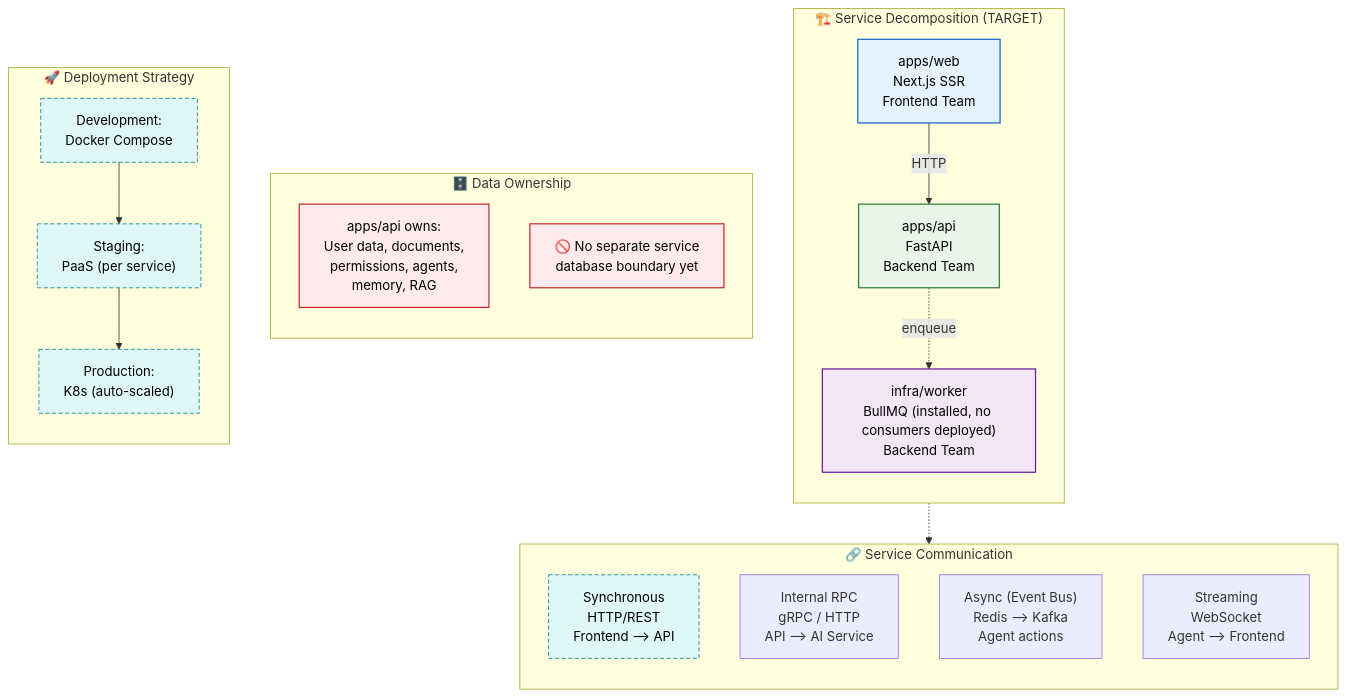
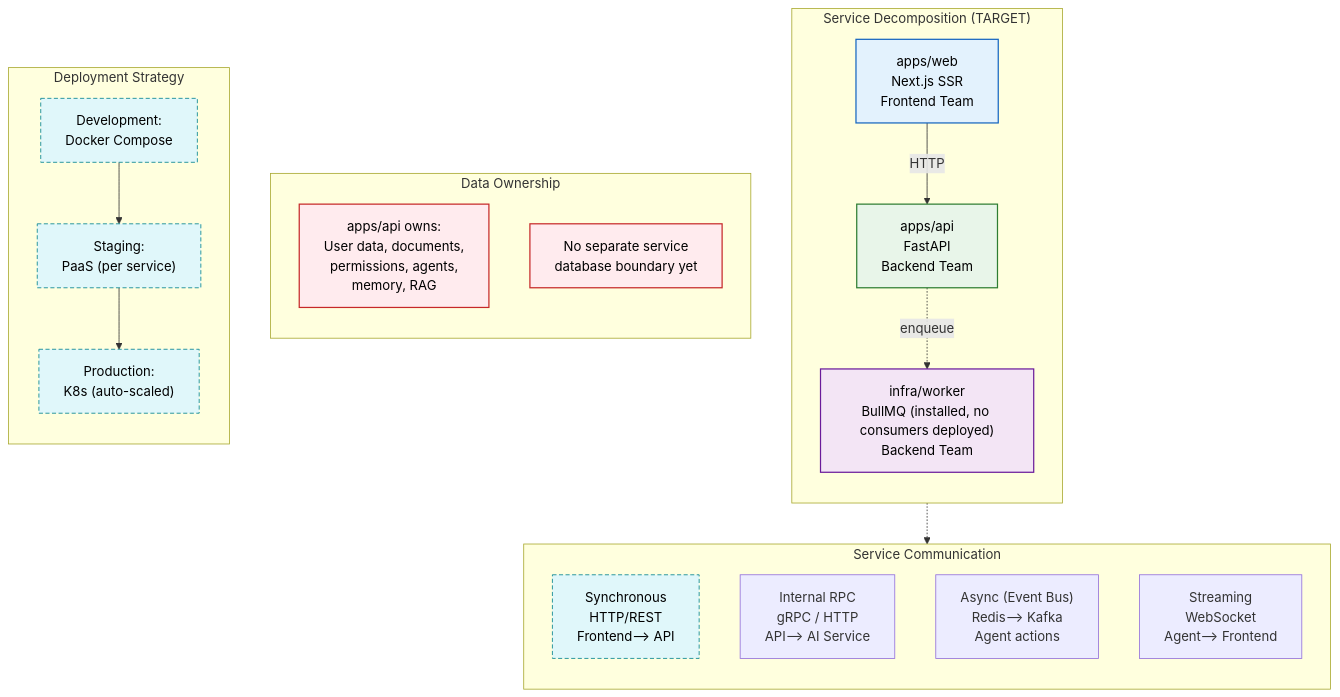
One commit to Driftloom/Vaeloom changed the diagram in docs/architecture/Microservices.md. Above: the diagram before and after it, drawn with Mermaid. The commit also changed other lines of this file and 694 other files, not shown here.

First line of the commit message:
docs: mermaid standardization — encoding/mermaid/duplicate cleanup

````diff
--- a/docs/architecture/Microservices.md
+++ b/docs/architecture/Microservices.md
@@ -12,52 +12,52 @@
 ```mermaid
 graph TD
-    classDef front fill:#e3f2fd,stroke:#1565c0,color:#000,stroke-width:1.5px
-    classDef api fill:#e8f5e9,stroke:#2e7d32,color:#000,stroke-width:1.5px
-    classDef ai fill:#fff3e0,stroke:#e65100,color:#000,stroke-width:1.5px
-    classDef worker fill:#f3e5f5,stroke:#6a1b9a,color:#000,stroke-width:1.5px
-    classDef data fill:#ffebee,stroke:#c62828,color:#000,stroke-width:1.5px
-    classDef comm fill:#e0f7fa,stroke:#00838f,color:#000,stroke-width:1px,stroke-dasharray: 5 3
+ classDef front fill:#e3f2fd,stroke:#1565c0,color:#000,stroke-width:1.5px
+ classDef api fill:#e8f5e9,stroke:#2e7d32,color:#000,stroke-width:1.5px
+ classDef ai fill:#fff3e0,stroke:#e65100,color:#000,stroke-width:1.5px
+ classDef worker fill:#f3e5f5,stroke:#6a1b9a,color:#000,stroke-width:1.5px
+ classDef data fill:#ffebee,stroke:#c62828,color:#000,stroke-width:1.5px
+ classDef comm fill:#e0f7fa,stroke:#00838f,color:#000,stroke-width:1px,stroke-dasharray: 5 3
 
-    subgraph Services["🏗️ Service Decomposition (TARGET)"]
-        direction TB
-        WEB["apps/web<br/>Next.js SSR<br/>Frontend Team"]
-        API["apps/api<br/>FastAPI<br/>Backend Team"]
-        WRK["infra/worker<br/>BullMQ (installed, no consumers deployed)<br/>Backend Team"]
-    end
+ subgraph Services["Service Decomposition (TARGET)"]
+ direction TB
+ WEB["apps/web<br/>Next.js SSR<br/>Frontend Team"]
+ API["apps/api<br/>FastAPI<br/>Backend Team"]
+ WRK["infra/worker<br/>BullMQ (installed, no consumers deployed)<br/>Backend Team"]
+ end
 
-    subgraph Communication["🔗 Service Communication"]
-        direction TB
-        C1["Synchronous<br/>HTTP/REST\nFrontend --> API"]
-        C2["Internal RPC<br/>gRPC / HTTP\nAPI --> AI Service"]
-        C3["Async (Event Bus)<br/>Redis --> Kafka\nAgent actions"]
-        C4["Streaming<br/>WebSocket\nAgent --> Frontend"]
-    end
+ subgraph Communication["Service Communication"]
+ direction TB
+ C1["Synchronous<br/>HTTP/REST\nFrontend--> API"]
+ C2["Internal RPC<br/>gRPC / HTTP\nAPI--> AI Service"]
+ C3["Async (Event Bus)<br/>Redis--> Kafka\nAgent actions"]
+ C4["Streaming<br/>WebSocket\nAgent--> Frontend"]
+ end
 
-    subgraph Data_Ownership["🗄️ Data Ownership"]
-        direction TB
-        D1["apps/api owns:<br/>User data, documents,<br/>permissions, agents,<br/>memory, RAG"]
-        D2["🚫 No separate service<br/>database boundary yet"]
-    end
+ subgraph Data_Ownership["Data Ownership"]
+ direction TB
+ D1["apps/api owns:<br/>User data, documents,<br/>permissions, agents,<br/>memory, RAG"]
+ D2["No separate service<br/>database boundary yet"]
+ end
 
-    subgraph Deployment["🚀 Deployment Strategy"]
-        direction TB
-        DEV["Development:<br/>Docker Compose"]
-        STG["Staging:<br/>PaaS (per service)"]
-        PROD["Production:<br/>K8s (auto-scaled)"]
-    end
+ subgraph Deployment["Deployment Strategy"]
+ direction TB
+ DEV["Development:<br/>Docker Compose"]
+ STG["Staging:<br/>PaaS (per service)"]
+ PROD["Production:<br/>K8s (auto-scaled)"]
+ end
 
-    WEB -->|HTTP| API
-    API -.->|enqueue| WRK
+ WEB-->|HTTP| API
+ API -.->|enqueue| WRK
 
-    WEB -.-> C1
+ WEB -.-> C1
 
-    DEV --> STG --> PROD
+ DEV--> STG--> PROD
 
-    class WEB front
-    class API api
-    class WRK worker
-    class D1,D2 data
-    class C1 comm
-    class DEV,STG,PROD comm
+ class WEB front
+ class API api
+ class WRK worker
+ class D1,D2 data
+ class C1 comm
+ class DEV,STG,PROD comm
 
 ```
````
